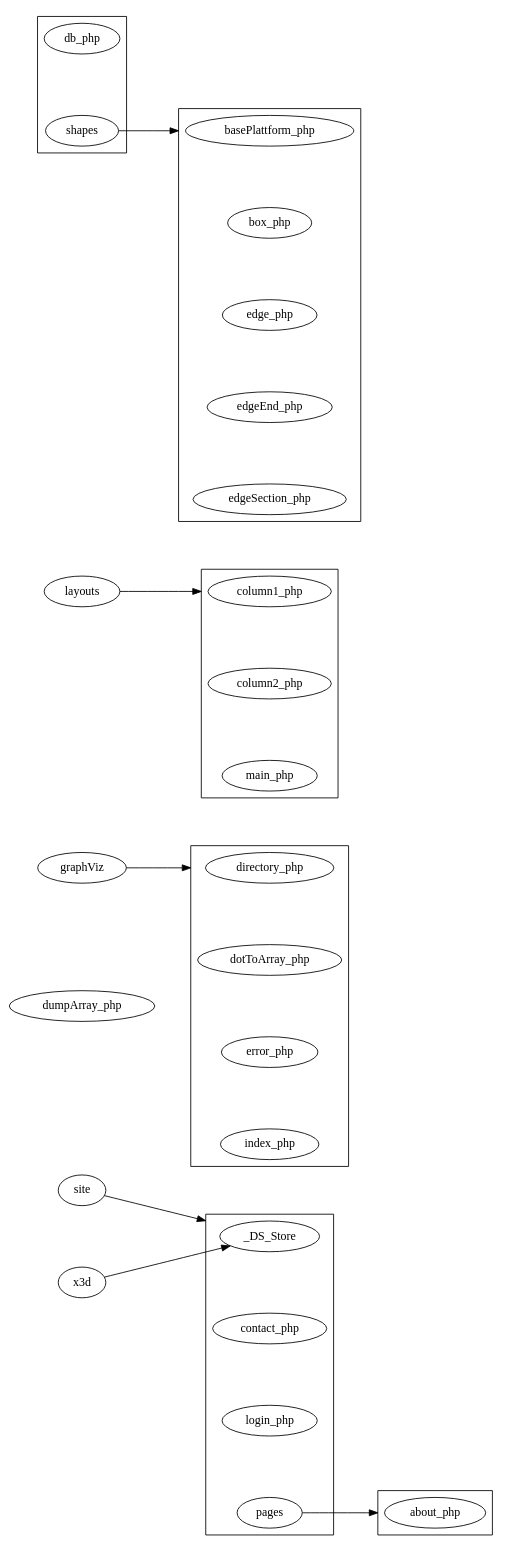
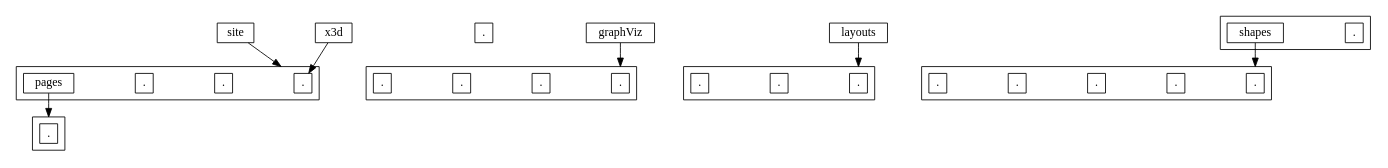
The diagram in x3d/parser.dot (stefanrinderle/SoftViz3D), drawn with Graphviz before and after one commit. The commit also changed 3 other files, not shown here.

```diff
--- a/x3d/parser.dot
+++ b/x3d/parser.dot
@@ -1,50 +1,51 @@
 digraph G {
-compound=true; nodesep=1.0; rankdir=LR;
-_DS_Store;
-dumpArray_php;
+compound=true; nodesep=1.0;
+node [label="\N", shape=box, width="0.1", height="0.1"];
+_DS_Store [label="."];
+dumpArray_php [label="."];
 graphViz;
 layouts;
 site;
 x3d;
 subgraph cluster_graphViz {
-directory_php;
-dotToArray_php;
-error_php;
-index_php;
+directory_php [label="."];
+dotToArray_php [label="."];
+error_php [label="."];
+index_php [label="."];
 }
 subgraph cluster_layouts {
-column1_php;
-column2_php;
-main_php;
+column1_php [label="."];
+column2_php [label="."];
+main_php [label="."];
 }
 subgraph cluster_pages {
-about_php;
+about_php [label="."];
 }
 subgraph cluster_site {
-_DS_Store;
-contact_php;
-error_php;
-index_php;
-login_php;
+_DS_Store [label="."];
+contact_php [label="."];
+error_php [label="."];
+index_php [label="."];
+login_php [label="."];
 pages;
 }
 subgraph cluster_shapes {
-basePlattform_php;
-box_php;
-edge_php;
-edgeEnd_php;
-edgeSection_php;
+basePlattform_php [label="."];
+box_php [label="."];
+edge_php [label="."];
+edgeEnd_php [label="."];
+edgeSection_php [label="."];
 }
 subgraph cluster_x3d {
-_DS_Store;
-db_php;
-index_php;
+_DS_Store [label="."];
+db_php [label="."];
+index_php [label="."];
 shapes;
 }
 graphViz -> directory_php [lhead=cluster_graphViz]
 layouts -> column1_php [lhead=cluster_layouts]
 pages -> about_php [lhead=cluster_pages]
 site -> _DS_Store [lhead=cluster_site]
 shapes -> basePlattform_php [lhead=cluster_shapes]
 x3d -> _DS_Store [lhead=cluster_x3d]
 }
```
